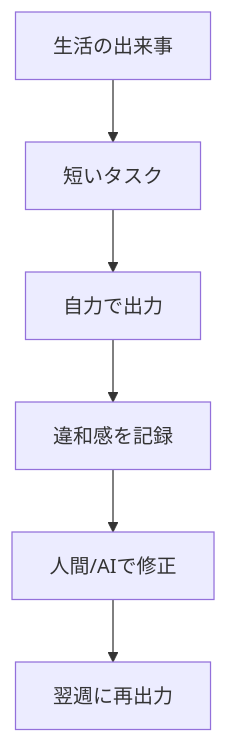
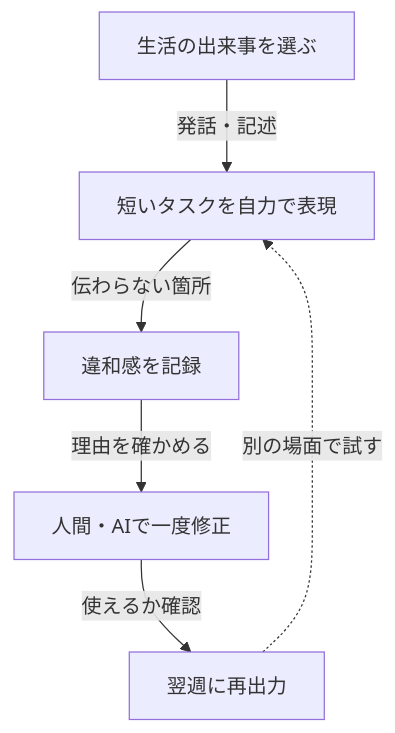
One commit to daylight55/research changed the first of 2 diagrams in articles/report/living-language-view-learning-method/ja/index.mdx. Above: the diagram before and after it, drawn with Mermaid. The commit also changed other lines of this file and 181 other files, not shown here.

First line of the commit message:
全記事の図解368点を再生成し、共通注意書きを削除 (#402)

````diff
--- a/articles/report/living-language-view-learning-method/ja/index.mdx
+++ b/articles/report/living-language-view-learning-method/ja/index.mdx
@@ -34,8 +34,15 @@
 ```mermaid
 flowchart TD
-  A["生活の出来事"] --> B["短いタスク"]
-  B --> C["自力で出力"]
-  C --> D["違和感を記録"]
-  D --> E["人間/AIで修正"]
-  E --> F["翌週に再出力"]
+  accTitle: 生活の出来事を再出力できる学習にする
+  accDescr: 短い生活タスクを自力で表現し、違和感を修正する。翌週の再出力で修正が使えるか確かめる。
+  N0["生活の出来事を選ぶ"]
+  N1["短いタスクを自力で表現"]
+  N2["違和感を記録"]
+  N3["人間・AIで一度修正"]
+  N4["翌週に再出力"]
+  N0 -->|発話・記述| N1
+  N1 -->|伝わらない箇所| N2
+  N2 -->|理由を確かめる| N3
+  N3 -->|使えるか確認| N4
+  N4 -.->|別の場面で試す| N1
 ```
````
